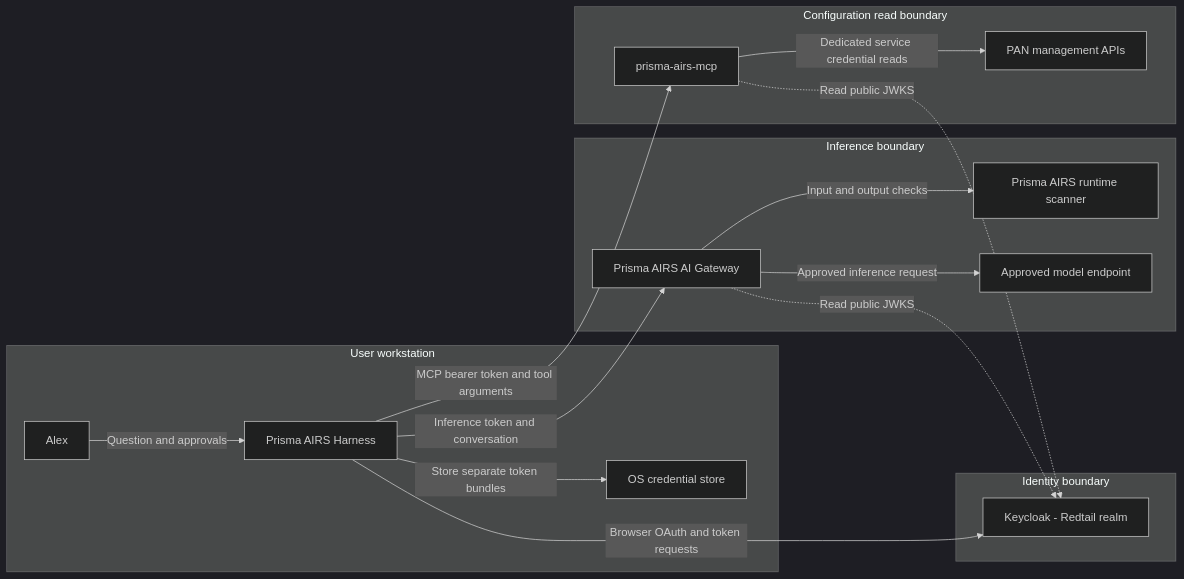
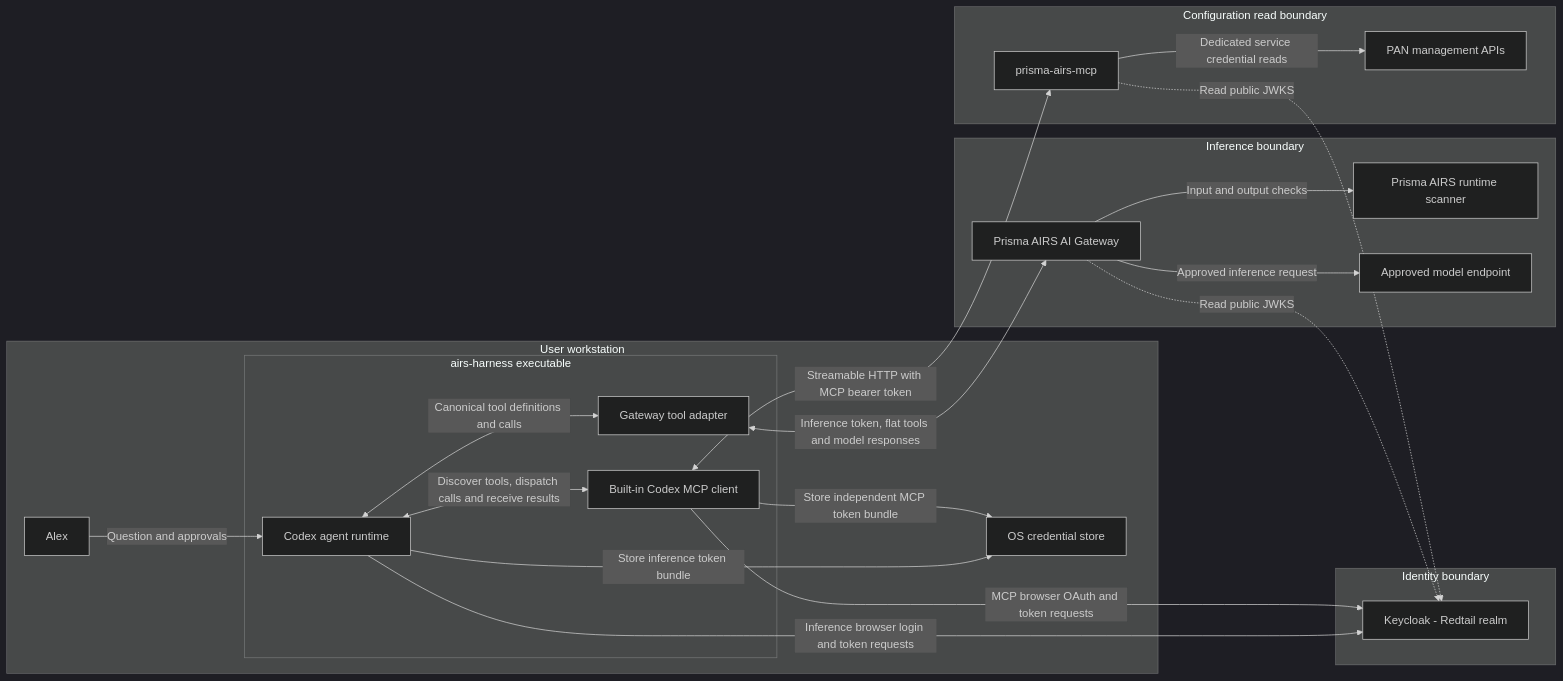
The first of 2 diagrams in docs/architecture.md (cdot65/prisma-airs-reference-architecture), drawn with Mermaid (dark theme) before and after one commit. The commit also changed other lines of this file and 9 other files, not shown here.

Commit message:
Clarify built-in MCP client and separate remote service architecture

````diff
--- a/docs/architecture.md
+++ b/docs/architecture.md
@@ -13,32 +24,40 @@
 ```mermaid
 flowchart LR
     accTitle: Implemented native architecture
-    accDescr: The local harness uses Keycloak for OAuth, sends inference through AI Gateway and its configured scanner, and calls MCP directly for authorized PAN management reads.
+    accDescr: One airs-harness executable contains the agent runtime, gateway adapter and native MCP client. Inference goes through AI Gateway; the built-in client calls the separate MCP service directly with its own OAuth token.
     subgraph workstation ["User workstation"]
         user["Alex"]
-        harness["Prisma AIRS Harness"]
+        subgraph executable ["airs-harness executable"]
+            harness["Codex agent runtime"]
+            adapter["Gateway tool adapter"]
+            client["Built-in Codex MCP client"]
+        end
         store["OS credential store"]
     end
     subgraph identity ["Identity boundary"]
         keycloak["Keycloak - Redtail realm"]
     end
     subgraph inference ["Inference boundary"]
         gateway["Prisma AIRS AI Gateway"]
         scanner["Prisma AIRS runtime scanner"]
         model["Approved model endpoint"]
     end
     subgraph management ["Configuration read boundary"]
         mcp["prisma-airs-mcp"]
         panApi["PAN management APIs"]
     end
     user -->|"Question and approvals"| harness
-    harness -->|"Store separate token bundles"| store
-    harness -->|"Browser OAuth and token requests"| keycloak
-    harness -->|"Inference token and conversation"| gateway
-    harness -->|"MCP bearer token and tool arguments"| mcp
+    harness -->|"Store inference token bundle"| store
+    client -->|"Store independent MCP token bundle"| store
+    harness -->|"Inference browser login and token requests"| keycloak
+    client -->|"MCP browser OAuth and token requests"| keycloak
+    harness <-->|"Canonical tool definitions and calls"| adapter
+    adapter <-->|"Inference token, flat tools and model responses"| gateway
+    harness <-->|"Discover tools, dispatch calls and receive results"| client
+    client <-->|"Streamable HTTP with MCP bearer token"| mcp
     gateway -.->|"Read public JWKS"| keycloak
     mcp -.->|"Read public JWKS"| keycloak
     gateway -->|"Input and output checks"| scanner
     gateway -->|"Approved inference request"| model
     mcp -->|"Dedicated service credential reads"| panApi
 ```
````
